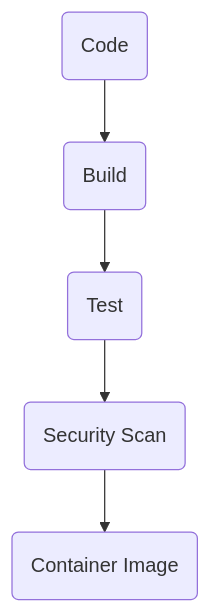
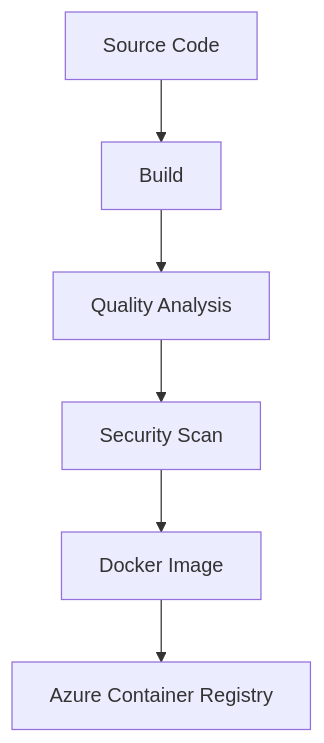
Before and after one commit to bymalathi/flavorforge-azure-devsecops-capstone: diagram 13 of 29 in README.md, drawn with Mermaid. The commit also changed other lines of this file, not shown here.

````diff
--- a/README.md
+++ b/README.md
@@ -764,13 +902,15 @@
 ```mermaid
 flowchart TD
-    A(Code)
-    B(Build)
-    C(Test)
-    D(Security Scan)
-    E(Container Image)
+    A[Source Code]
+    B[Build]
+    C[Quality Analysis]
+    D[Security Scan]
+    E[Docker Image]
+    F[Azure Container Registry]
 
     A --> B
     B --> C
     C --> D
     D --> E
+    E --> F
 ```
````
